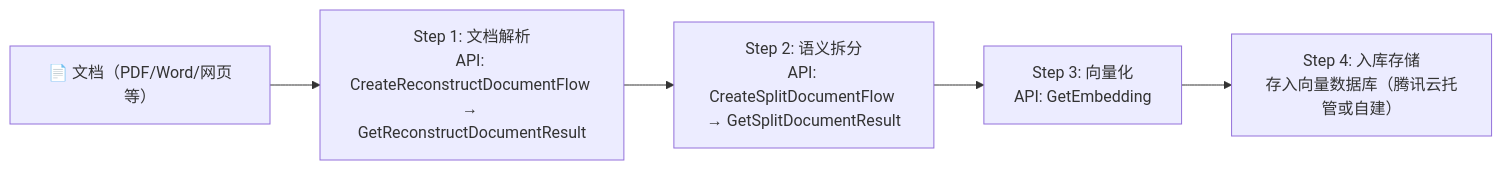
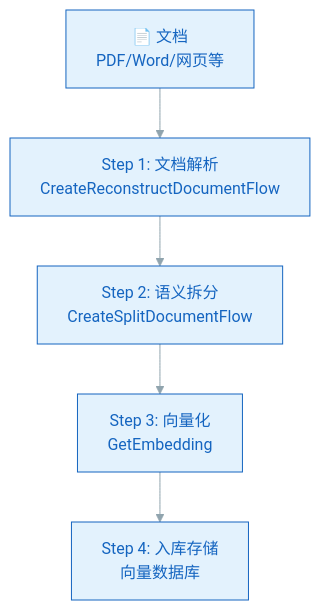
One commit to tanteng/blog changed the first of 3 diagrams in content/posts/ai-knowledge-base-rag-tencent-cloud-openviking.md. Above: the diagram before and after it, drawn with Mermaid. The commit also changed other lines of this file and 1 other file, not shown here.

Commit message:
style: mermaid 流程图改竖向，添加主题配色和容器样式

```diff
--- a/content/posts/ai-knowledge-base-rag-tencent-cloud-openviking.md
+++ b/content/posts/ai-knowledge-base-rag-tencent-cloud-openviking.md
@@ -50,7 +50,8 @@
 {{< mermaid >}}
-flowchart LR
-    A["📄 文档（PDF/Word/网页等）"] --> B["Step 1: 文档解析<br/>API: CreateReconstructDocumentFlow → GetReconstructDocumentResult"]
-    B --> C["Step 2: 语义拆分<br/>API: CreateSplitDocumentFlow → GetSplitDocumentResult"]
-    C --> D["Step 3: 向量化<br/>API: GetEmbedding"]
-    D --> E["Step 4: 入库存储<br/>存入向量数据库（腾讯云托管或自建）"]
+%%{init: {'theme': 'base', 'themeVariables': {'primaryColor': '#e3f2fd', 'primaryTextColor': '#1565c0', 'primaryBorderColor': '#1565c0', 'lineColor': '#90a4ae', 'secondaryColor': '#f5f5f5', 'tertiaryColor': '#fff9c4'}}}%%
+flowchart TD
+    A["📄 文档<br/>PDF/Word/网页等"] --> B["Step 1: 文档解析<br/>CreateReconstructDocumentFlow"]
+    B --> C["Step 2: 语义拆分<br/>CreateSplitDocumentFlow"]
+    C --> D["Step 3: 向量化<br/>GetEmbedding"]
+    D --> E["Step 4: 入库存储<br/>向量数据库"]
 {{< /mermaid >}}
```
